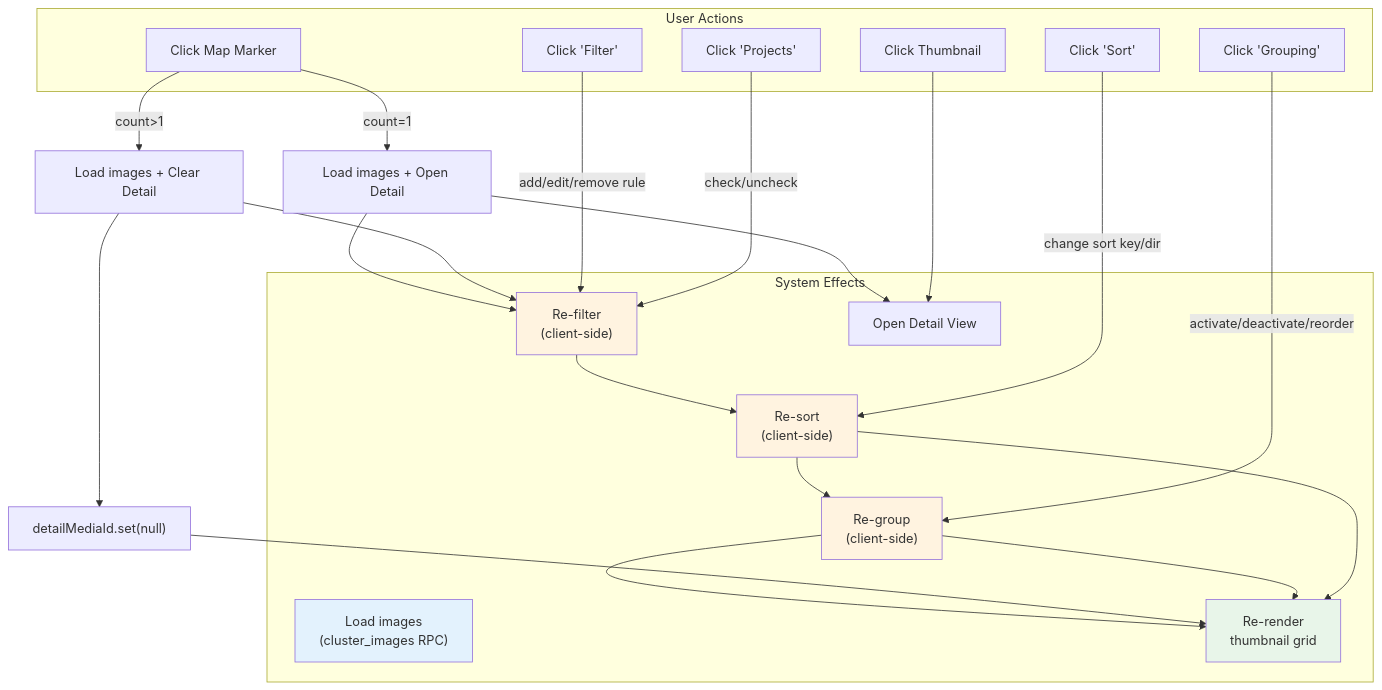
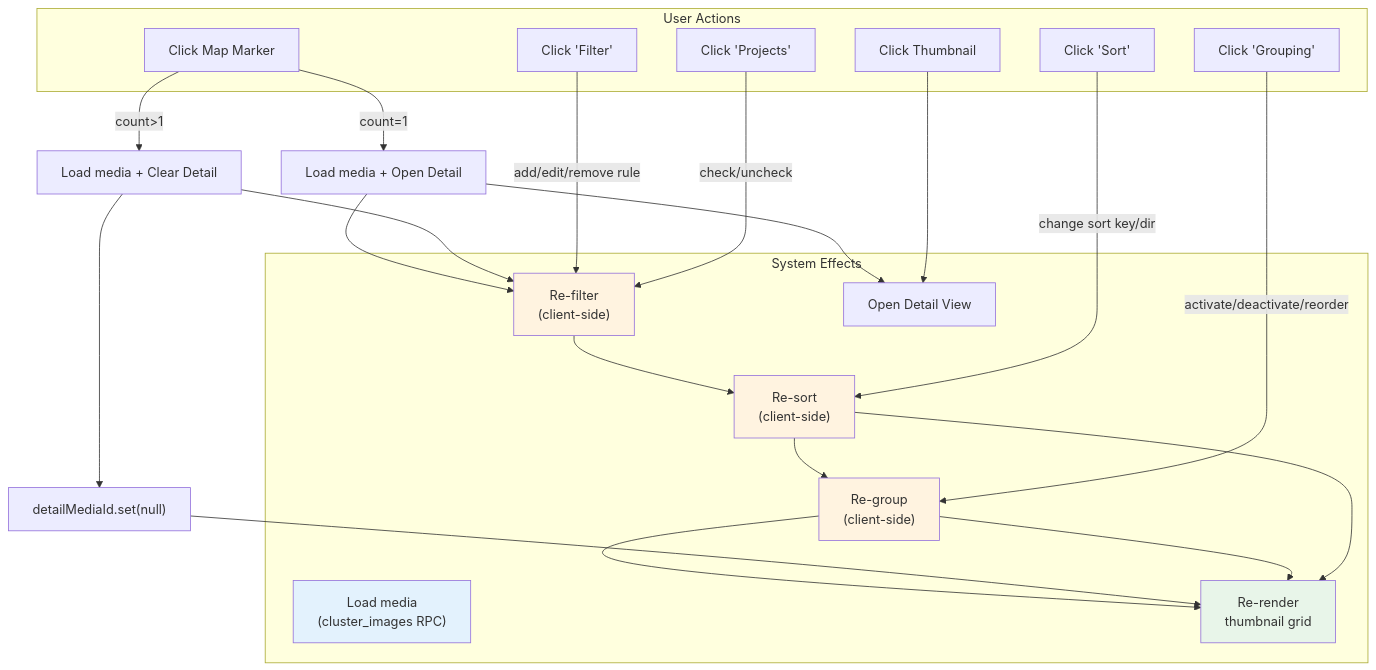
The sixth of 7 diagrams in docs/specs/service/workspace-view/workspace-view-system.md (matkleve/feldpost), drawn with Mermaid before and after one commit. The commit also changed other lines of this file and 26 other files, not shown here.

First line of the commit message:
refactor: update terminology from 'images' to 'media items' across documentation

````diff
--- a/docs/specs/service/workspace-view/workspace-view-system.md
+++ b/docs/specs/service/workspace-view/workspace-view-system.md
@@ -454,44 +421,44 @@
 ```mermaid
 flowchart TD
     subgraph UserActions["User Actions"]
         ClickMarker["Click Map Marker"]
         ClickGroup["Click 'Grouping'"]
         ClickSort["Click 'Sort'"]
         ClickFilter["Click 'Filter'"]
         ClickProjects["Click 'Projects'"]
         ClickThumb["Click Thumbnail"]
     end
 
     subgraph Effects["System Effects"]
-        LoadImages["Load images\n(cluster_images RPC)"]
+        LoadImages["Load media\n(cluster_images RPC)"]
         ReGroup["Re-group\n(client-side)"]
         ReSort["Re-sort\n(client-side)"]
         ReFilter["Re-filter\n(client-side)"]
         ReRender["Re-render\nthumbnail grid"]
         OpenDetail["Open Detail View"]
     end
 
-    ClickMarker -->|"count=1"| LoadAndDetail["Load images + Open Detail"]
-    ClickMarker -->|"count>1"| ClusterFlow["Load images + Clear Detail"]
+    ClickMarker -->|"count=1"| LoadAndDetail["Load media + Open Detail"]
+    ClickMarker -->|"count>1"| ClusterFlow["Load media + Clear Detail"]
     LoadAndDetail --> ReFilter --> ReSort --> ReGroup --> ReRender
     LoadAndDetail --> OpenDetail
     ClusterFlow --> ClearDetail["detailMediaId.set(null)"]
     ClusterFlow --> ReFilter
     ClearDetail --> ReRender
 
     ClickGroup -->|"activate/deactivate/reorder"| ReGroup
     ClickSort -->|"change sort key/dir"| ReSort
     ClickFilter -->|"add/edit/remove rule"| ReFilter
     ClickProjects -->|"check/uncheck"| ReFilter
 
     ClickThumb --> OpenDetail
 
     ReGroup --> ReRender
     ReSort --> ReRender
 
     style LoadImages fill:#e3f2fd
     style ReFilter fill:#fff3e0
     style ReSort fill:#fff3e0
     style ReGroup fill:#fff3e0
     style ReRender fill:#e8f5e9
 ```
````
